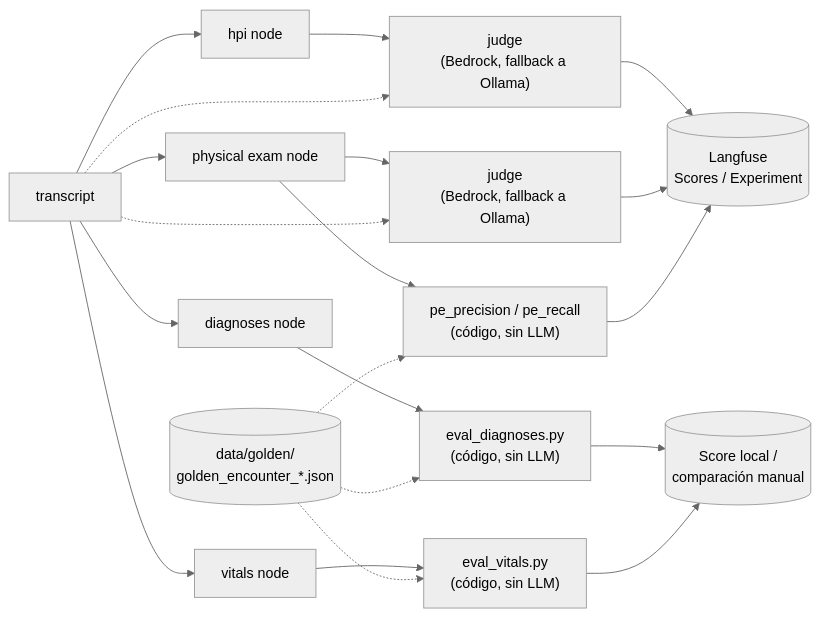
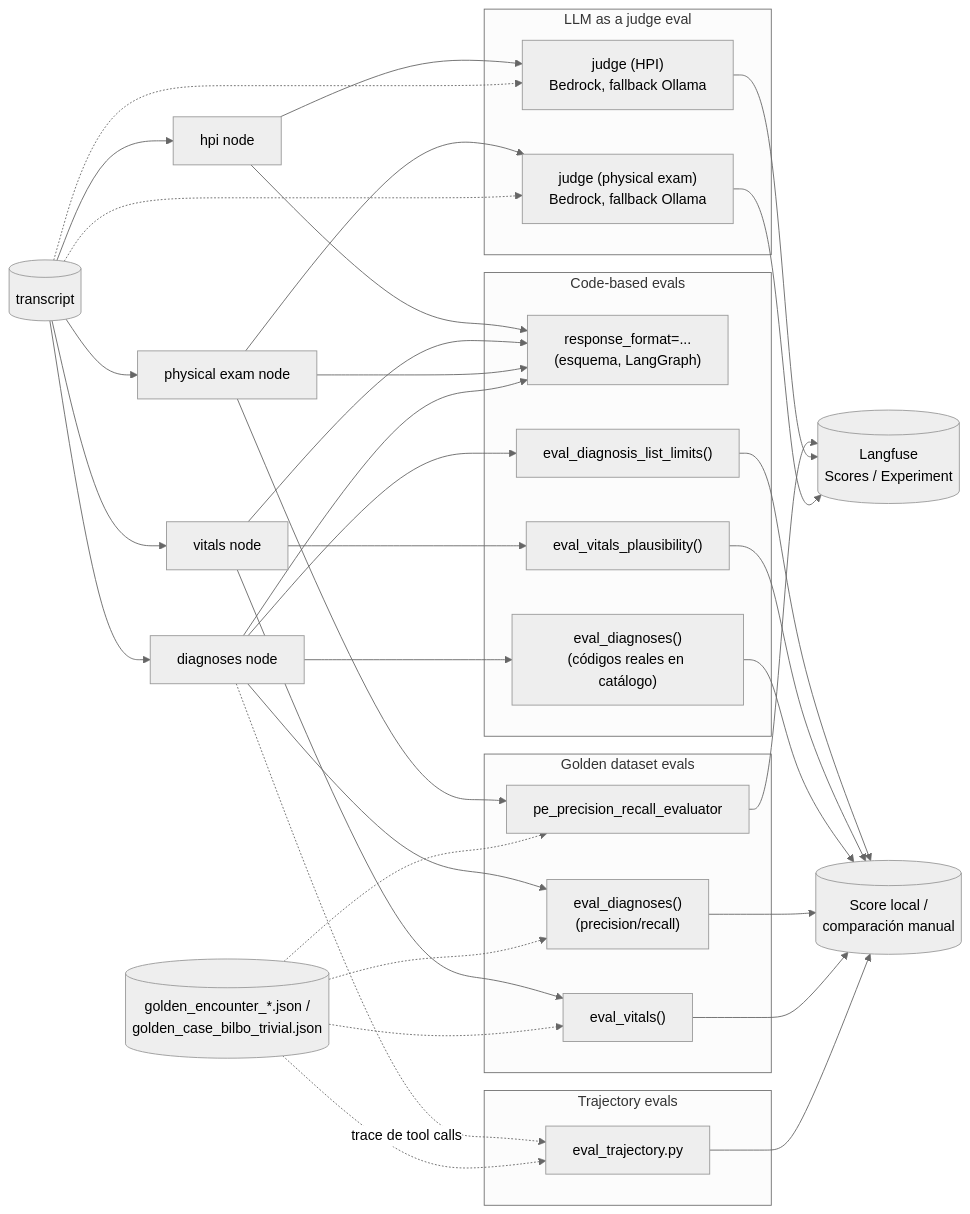
One commit to nroldanf/agentic-evaluation-workshop changed the third of 3 diagrams in README.md. Above: the diagram before and after it, drawn with Mermaid (neutral theme). The commit also changed other lines of this file and 19 other files, not shown here.

````diff
--- a/README.md
+++ b/README.md
@@ -77,26 +171,65 @@
 ```mermaid
 flowchart LR
-    Tr[transcript] --> HN["hpi node"]
+    Tr[("transcript")] --> HN["hpi node"]
+    Tr --> VN["vitals node"]
     Tr --> PN["physical exam node"]
     Tr --> DN["diagnoses node"]
-    Tr --> VN["vitals node"]
 
-    HN --> HJ["judge<br/>(Bedrock, fallback a Ollama)"]
-    PN --> PJ["judge<br/>(Bedrock, fallback a Ollama)"]
+    subgraph L1["Code-based evals"]
+        SchemaVal["response_format=...<br/>(esquema, LangGraph)"]
+        ListLimits["eval_diagnosis_list_limits()"]
+        VitalsPlaus["eval_vitals_plausibility()"]
+        CodesReal["eval_diagnoses()<br/>(códigos reales en catálogo)"]
+    end
+
+    subgraph L2["Golden dataset evals"]
+        DiagGolden["eval_diagnoses()<br/>(precision/recall)"]
+        VitalsGolden["eval_vitals()"]
+        PEGolden["pe_precision_recall_evaluator"]
+    end
+
+    subgraph L3["Trajectory evals"]
+        TrajEval["eval_trajectory.py"]
+    end
+
+    subgraph L4["LLM as a judge eval"]
+        HJ["judge (HPI)<br/>Bedrock, fallback Ollama"]
+        PJ["judge (physical exam)<br/>Bedrock, fallback Ollama"]
+    end
+
+    HN --> SchemaVal
+    VN --> SchemaVal
+    PN --> SchemaVal
+    DN --> SchemaVal
+
+    DN --> ListLimits
+    DN --> CodesReal
+    VN --> VitalsPlaus
+
+    DN --> DiagGolden
+    VN --> VitalsGolden
+    PN --> PEGolden
+
+    DN -.->|"trace de tool calls"| TrajEval
+
+    HN --> HJ
+    PN --> PJ
     Tr -.-> HJ
     Tr -.-> PJ
 
-    PN --> PR["pe_precision / pe_recall<br/>(código, sin LLM)"]
-    DN --> ED["eval_diagnoses.py<br/>(código, sin LLM)"]
-    VN --> EV["eval_vitals.py<br/>(código, sin LLM)"]
+    G[("golden_encounter_*.json /<br/>golden_case_bilbo_trivial.json")] -.-> DiagGolden
+    G -.-> VitalsGolden
+    G -.-> PEGolden
+    G -.-> TrajEval
 
-    G[("data/golden/<br/>golden_encounter_*.json")] -.-> PR
-    G -.-> ED
-    G -.-> EV
+    PEGolden --> LF[("Langfuse<br/>Scores / Experiment")]
+    HJ --> LF
+    PJ --> LF
 
-    HJ --> LF[("Langfuse<br/>Scores / Experiment")]
-    PJ --> LF
-    PR --> LF
-    ED --> LF2[("Score local /<br/>comparación manual")]
-    EV --> LF2
+    ListLimits --> LF2[("Score local /<br/>comparación manual")]
+    VitalsPlaus --> LF2
+    CodesReal --> LF2
+    DiagGolden --> LF2
+    VitalsGolden --> LF2
+    TrajEval --> LF2
 ```
````
